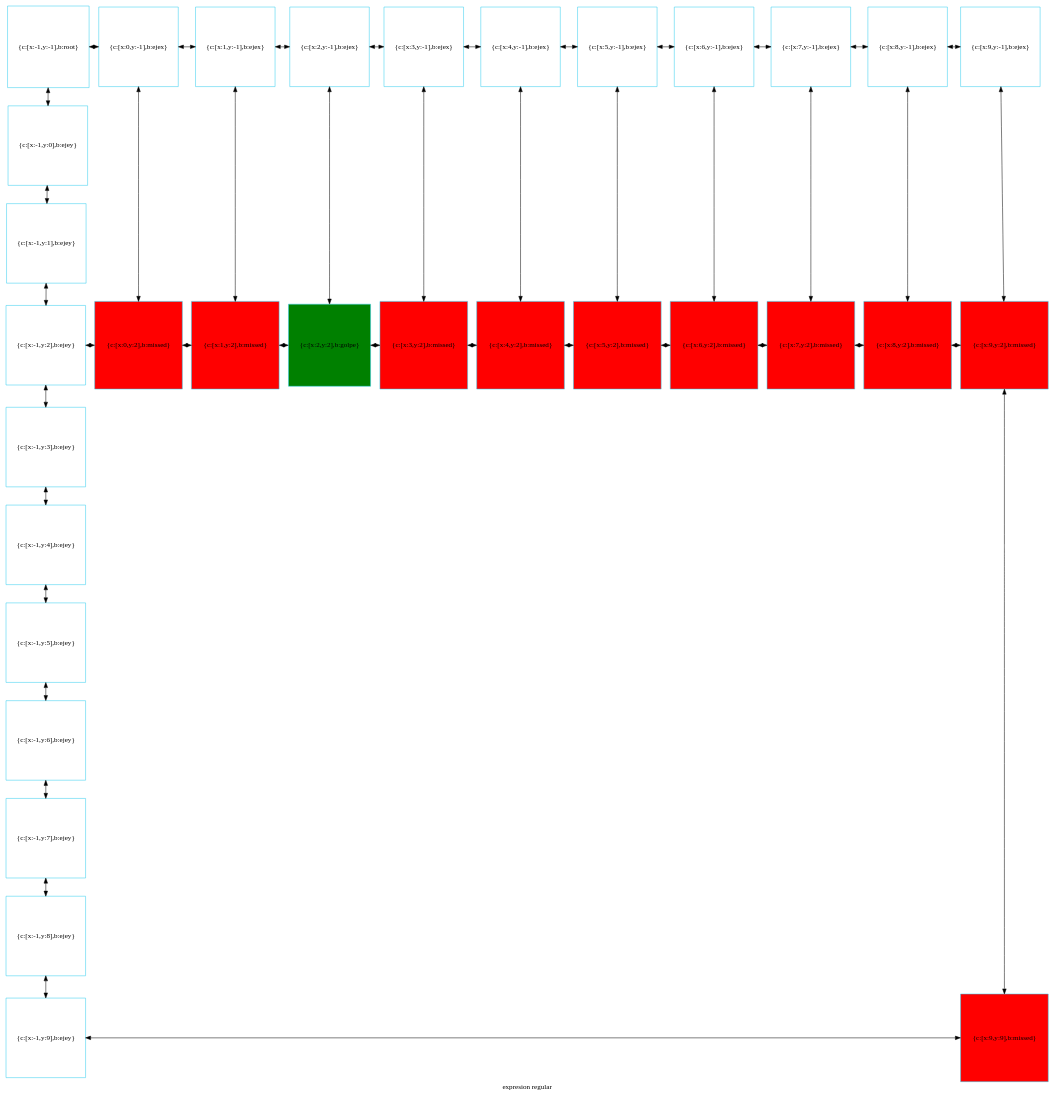
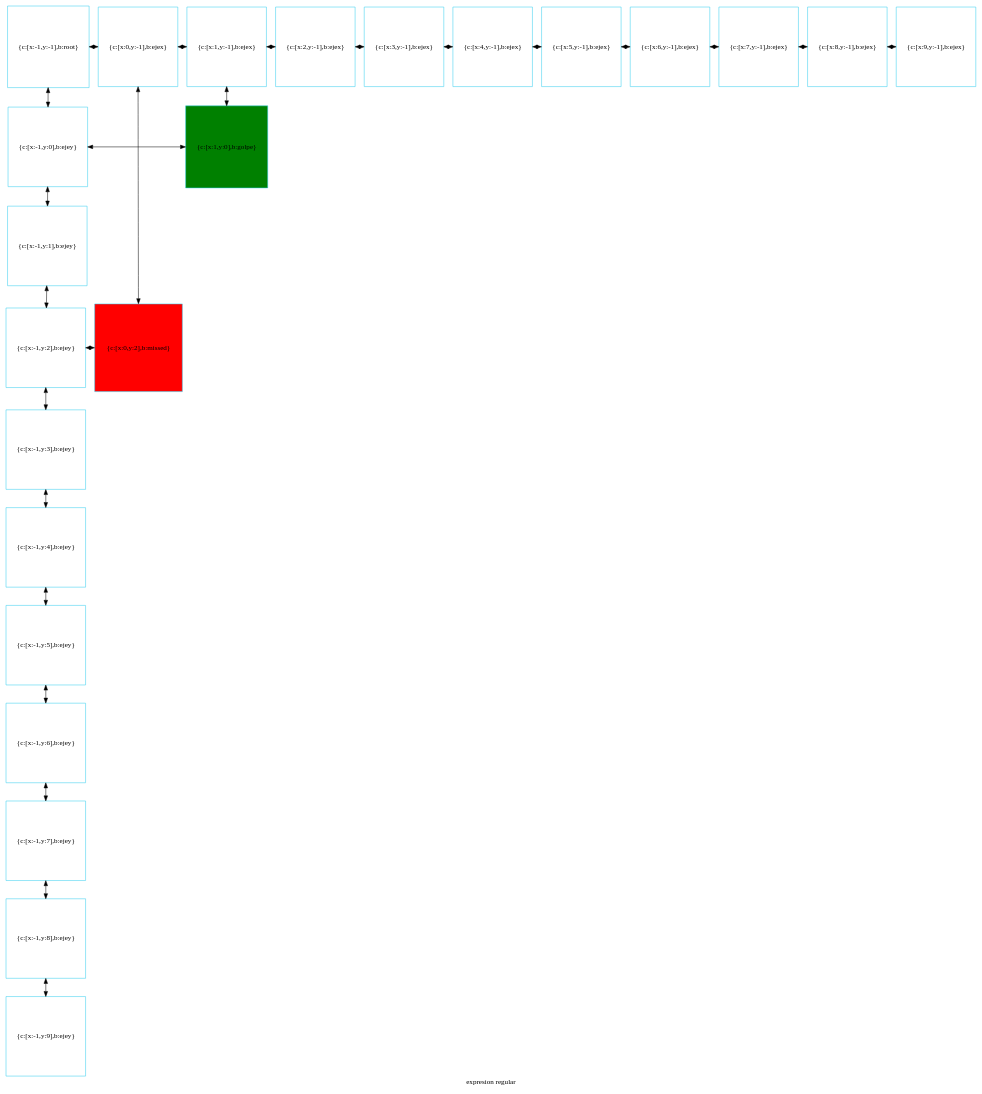
Before and after one commit to betebetoven/EDDS2F2: the diagram in disp_jug.dot, drawn with Graphviz. The commit also changed 10 other files, not shown here.

```diff
--- a/disp_jug.dot
+++ b/disp_jug.dot
@@ -1,94 +1,67 @@
 digraph G
 {label="expresion regular"
         node[shape = square]
         node[style = filled]
         node[fillcolor = "#EEEEE"]
         node[color = "#EEEEE"]
         node[color = "#31CEF0"]
 
-500380263760[label="{c:[x:-1,y:-1],b:root}",fillcolor = "white"]
-500380263904[label="{c:[x:0,y:-1],b:ejex}",fillcolor = "white"]
-500380264048[label="{c:[x:1,y:-1],b:ejex}",fillcolor = "white"]
-500380264192[label="{c:[x:2,y:-1],b:ejex}",fillcolor = "white"]
-500380264336[label="{c:[x:3,y:-1],b:ejex}",fillcolor = "white"]
-500380264480[label="{c:[x:4,y:-1],b:ejex}",fillcolor = "white"]
-500380264624[label="{c:[x:5,y:-1],b:ejex}",fillcolor = "white"]
-500380264768[label="{c:[x:6,y:-1],b:ejex}",fillcolor = "white"]
-500380264912[label="{c:[x:7,y:-1],b:ejex}",fillcolor = "white"]
-500380265056[label="{c:[x:8,y:-1],b:ejex}",fillcolor = "white"]
-500380265200[label="{c:[x:9,y:-1],b:ejex}",fillcolor = "white"]
-500380265344[label="{c:[x:-1,y:0],b:ejey}",fillcolor = "white"]
-500380265488[label="{c:[x:-1,y:1],b:ejey}",fillcolor = "white"]
-500380265632[label="{c:[x:-1,y:2],b:ejey}",fillcolor = "white"]
-500380373344[label="{c:[x:0,y:2],b:missed}",fillcolor = "red"]
-500380373680[label="{c:[x:1,y:2],b:missed}",fillcolor = "red"]
-500380251808[label="{c:[x:2,y:2],b:golpe}",fillcolor = "green"]
-500380373920[label="{c:[x:3,y:2],b:missed}",fillcolor = "red"]
-500380374160[label="{c:[x:4,y:2],b:missed}",fillcolor = "red"]
-500380374400[label="{c:[x:5,y:2],b:missed}",fillcolor = "red"]
-500380374640[label="{c:[x:6,y:2],b:missed}",fillcolor = "red"]
-500380374880[label="{c:[x:7,y:2],b:missed}",fillcolor = "red"]
-500380375120[label="{c:[x:8,y:2],b:missed}",fillcolor = "red"]
-500380375360[label="{c:[x:9,y:2],b:missed}",fillcolor = "red"]
-500380265776[label="{c:[x:-1,y:3],b:ejey}",fillcolor = "white"]
-500380265920[label="{c:[x:-1,y:4],b:ejey}",fillcolor = "white"]
-500380266064[label="{c:[x:-1,y:5],b:ejey}",fillcolor = "white"]
-500380266208[label="{c:[x:-1,y:6],b:ejey}",fillcolor = "white"]
-500380266352[label="{c:[x:-1,y:7],b:ejey}",fillcolor = "white"]
-500380270656[label="{c:[x:-1,y:8],b:ejey}",fillcolor = "white"]
-500380270800[label="{c:[x:-1,y:9],b:ejey}",fillcolor = "white"]
-500380376320[label="{c:[x:9,y:9],b:missed}",fillcolor = "red"]
-500380263760->500380265344[dir = both];
-500380265344->500380265488[dir = both];
-500380265488->500380265632[dir = both];
-500380265632->500380265776[dir = both];
-500380265776->500380265920[dir = both];
-500380265920->500380266064[dir = both];
-500380266064->500380266208[dir = both];
-500380266208->500380266352[dir = both];
-500380266352->500380270656[dir = both];
-500380270656->500380270800[dir = both];
-500380263904->500380373344[dir = both];
-500380264048->500380373680[dir = both];
-500380264192->500380251808[dir = both];
-500380264336->500380373920[dir = both];
-500380264480->500380374160[dir = both];
-500380264624->500380374400[dir = both];
-500380264768->500380374640[dir = both];
-500380264912->500380374880[dir = both];
-500380265056->500380375120[dir = both];
-500380265200->500380375360[dir = both];
-500380375360->500380376320[dir = both];
-500380263760->500380263904[dir = both];
-500380263904->500380264048[dir = both];
-500380264048->500380264192[dir = both];
-500380264192->500380264336[dir = both];
-500380264336->500380264480[dir = both];
-500380264480->500380264624[dir = both];
-500380264624->500380264768[dir = both];
-500380264768->500380264912[dir = both];
-500380264912->500380265056[dir = both];
-500380265056->500380265200[dir = both];
-500380265632->500380373344[constraint=false,dir = both];
-500380373344->500380373680[constraint=false,dir = both];
-500380373680->500380251808[constraint=false,dir = both];
-500380251808->500380373920[constraint=false,dir = both];
-500380373920->500380374160[constraint=false,dir = both];
-500380374160->500380374400[constraint=false,dir = both];
-500380374400->500380374640[constraint=false,dir = both];
-500380374640->500380374880[constraint=false,dir = both];
-500380374880->500380375120[constraint=false,dir = both];
-500380375120->500380375360[constraint=false,dir = both];
-500380270800->500380376320[constraint=false,dir = both];
- {rank=same; 500380263760;500380263904;500380264048;500380264192;500380264336;500380264480;500380264624;500380264768;500380264912;500380265056;500380265200;}
- {rank=same; 500380265344;}
- {rank=same; 500380265488;}
- {rank=same; 500380265632;500380373344;500380373680;500380251808;500380373920;500380374160;500380374400;500380374640;500380374880;500380375120;500380375360;}
- {rank=same; 500380265776;}
- {rank=same; 500380265920;}
- {rank=same; 500380266064;}
- {rank=same; 500380266208;}
- {rank=same; 500380266352;}
- {rank=same; 500380270656;}
- {rank=same; 500380270800;500380376320;}
+583535772048[label="{c:[x:-1,y:-1],b:root}",fillcolor = "white"]
+583535772192[label="{c:[x:0,y:-1],b:ejex}",fillcolor = "white"]
+583535772336[label="{c:[x:1,y:-1],b:ejex}",fillcolor = "white"]
+583535772480[label="{c:[x:2,y:-1],b:ejex}",fillcolor = "white"]
+583535772624[label="{c:[x:3,y:-1],b:ejex}",fillcolor = "white"]
+583535772768[label="{c:[x:4,y:-1],b:ejex}",fillcolor = "white"]
+583535772912[label="{c:[x:5,y:-1],b:ejex}",fillcolor = "white"]
+583535773056[label="{c:[x:6,y:-1],b:ejex}",fillcolor = "white"]
+583535773200[label="{c:[x:7,y:-1],b:ejex}",fillcolor = "white"]
+583535773344[label="{c:[x:8,y:-1],b:ejex}",fillcolor = "white"]
+583535773488[label="{c:[x:9,y:-1],b:ejex}",fillcolor = "white"]
+583535773632[label="{c:[x:-1,y:0],b:ejey}",fillcolor = "white"]
+583535735856[label="{c:[x:1,y:0],b:golpe}",fillcolor = "green"]
+583535773776[label="{c:[x:-1,y:1],b:ejey}",fillcolor = "white"]
+583535773920[label="{c:[x:-1,y:2],b:ejey}",fillcolor = "white"]
+583538617984[label="{c:[x:0,y:2],b:missed}",fillcolor = "red"]
+583535774064[label="{c:[x:-1,y:3],b:ejey}",fillcolor = "white"]
+583535774208[label="{c:[x:-1,y:4],b:ejey}",fillcolor = "white"]
+583535774352[label="{c:[x:-1,y:5],b:ejey}",fillcolor = "white"]
+583535774496[label="{c:[x:-1,y:6],b:ejey}",fillcolor = "white"]
+583535774640[label="{c:[x:-1,y:7],b:ejey}",fillcolor = "white"]
+583535774784[label="{c:[x:-1,y:8],b:ejey}",fillcolor = "white"]
+583535774928[label="{c:[x:-1,y:9],b:ejey}",fillcolor = "white"]
+583535772048->583535773632[dir = both];
+583535773632->583535773776[dir = both];
+583535773776->583535773920[dir = both];
+583535773920->583535774064[dir = both];
+583535774064->583535774208[dir = both];
+583535774208->583535774352[dir = both];
+583535774352->583535774496[dir = both];
+583535774496->583535774640[dir = both];
+583535774640->583535774784[dir = both];
+583535774784->583535774928[dir = both];
+583535772192->583538617984[dir = both];
+583535772336->583535735856[dir = both];
+583535772048->583535772192[dir = both];
+583535772192->583535772336[dir = both];
+583535772336->583535772480[dir = both];
+583535772480->583535772624[dir = both];
+583535772624->583535772768[dir = both];
+583535772768->583535772912[dir = both];
+583535772912->583535773056[dir = both];
+583535773056->583535773200[dir = both];
+583535773200->583535773344[dir = both];
+583535773344->583535773488[dir = both];
+583535773632->583535735856[constraint=false,dir = both];
+583535773920->583538617984[constraint=false,dir = both];
+ {rank=same; 583535772048;583535772192;583535772336;583535772480;583535772624;583535772768;583535772912;583535773056;583535773200;583535773344;583535773488;}
+ {rank=same; 583535773632;583535735856;}
+ {rank=same; 583535773776;}
+ {rank=same; 583535773920;583538617984;}
+ {rank=same; 583535774064;}
+ {rank=same; 583535774208;}
+ {rank=same; 583535774352;}
+ {rank=same; 583535774496;}
+ {rank=same; 583535774640;}
+ {rank=same; 583535774784;}
+ {rank=same; 583535774928;}
 }
```
